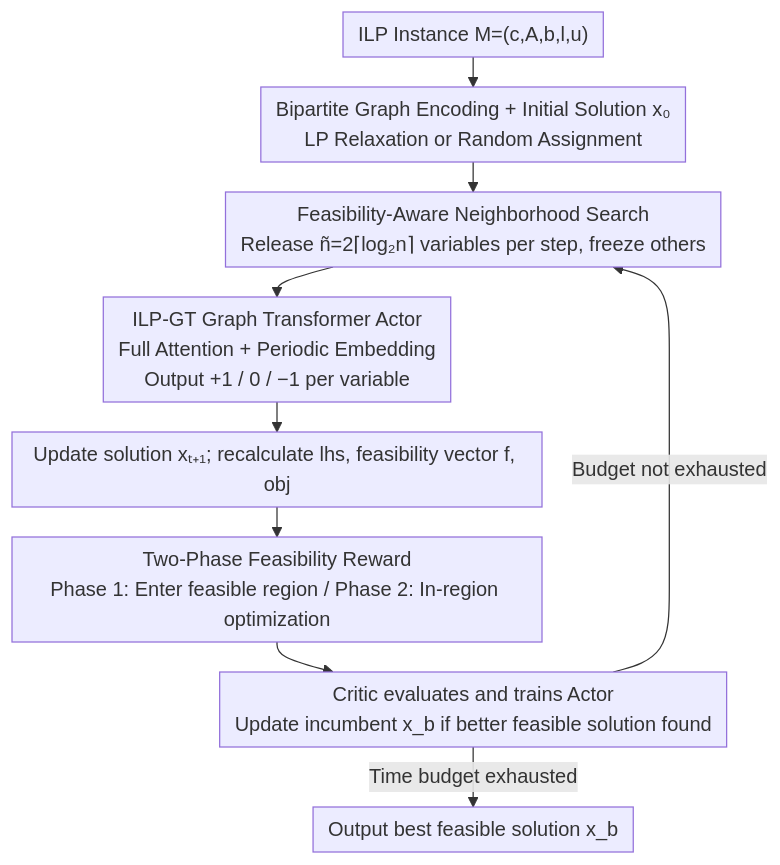
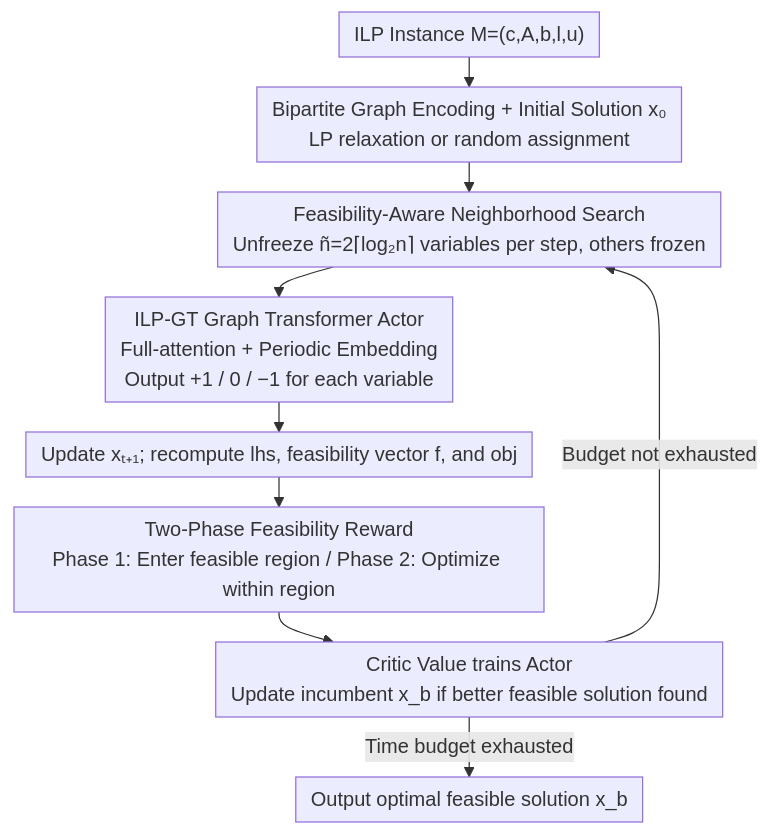
One commit to zhaoyang97/Paper-Notes-en changed the diagram in docs/ICML2026/reinforcement_learning/rl-sph_learning_to_achieve_feasible_solutions_for_integer_linear_programs.md. Above: the diagram before and after it, drawn with Mermaid. The commit also changed other lines of this file and 5084 other files, not shown here.

````diff
--- a/docs/ICML2026/reinforcement_learning/rl-sph_learning_to_achieve_feasible_solutions_for_integer_linear_programs.md
+++ b/docs/ICML2026/reinforcement_learning/rl-sph_learning_to_achieve_feasible_solutions_for_integer_linear_programs.md
@@ -43,12 +43,12 @@
 ```mermaid
 %%{init: {'flowchart': {'rankSpacing': 24, 'nodeSpacing': 28, 'padding': 6, 'wrappingWidth': 400}}}%%
 flowchart TD
-    A["ILP Instance M=(c,A,b,l,u)"] --> B["Bipartite Graph Encoding + Initial Solution x₀<br/>LP Relaxation or Random Assignment"]
-    B --> C["Feasibility-Aware Neighborhood Search<br/>Release ñ=2⌈log₂n⌉ variables per step, freeze others"]
-    C --> D["ILP-GT Graph Transformer Actor<br/>Full Attention + Periodic Embedding<br/>Output +1 / 0 / −1 per variable"]
-    D --> E["Update solution xₜ₊₁; recalculate lhs, feasibility vector f, obj"]
-    E --> F["Two-Phase Feasibility Reward<br/>Phase 1: Enter feasible region / Phase 2: In-region optimization"]
-    F --> G["Critic evaluates and trains Actor<br/>Update incumbent x_b if better feasible solution found"]
+    A["ILP Instance M=(c,A,b,l,u)"] --> B["Bipartite Graph Encoding + Initial Solution x₀<br/>LP relaxation or random assignment"]
+    B --> C["Feasibility-Aware Neighborhood Search<br/>Unfreeze ñ=2⌈log₂n⌉ variables per step, others frozen"]
+    C --> D["ILP-GT Graph Transformer Actor<br/>Full-attention + Periodic Embedding<br/>Output +1 / 0 / −1 for each variable"]
+    D --> E["Update xₜ₊₁; recompute lhs, feasibility vector f, and obj"]
+    E --> F["Two-Phase Feasibility Reward<br/>Phase 1: Enter feasible region / Phase 2: Optimize within region"]
+    F --> G["Critic Value trains Actor<br/>Update incumbent x_b if better feasible solution found"]
     G -->|Budget not exhausted| C
-    G -->|Time budget exhausted| H["Output best feasible solution x_b"]
+    G -->|Time budget exhausted| H["Output optimal feasible solution x_b"]
 ```
````
